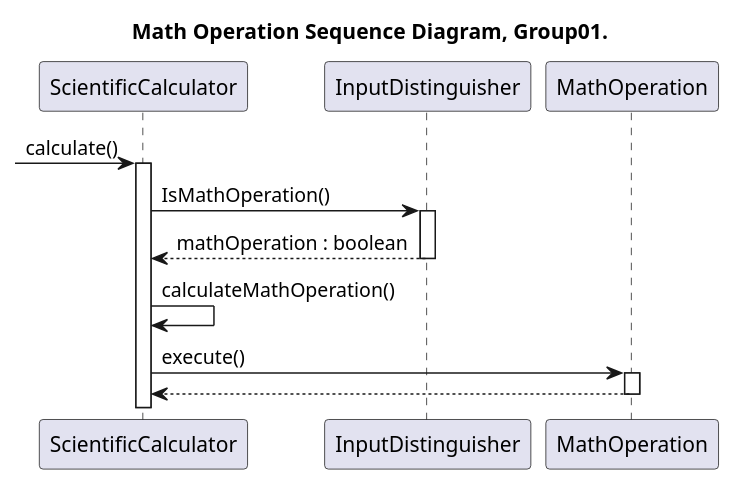
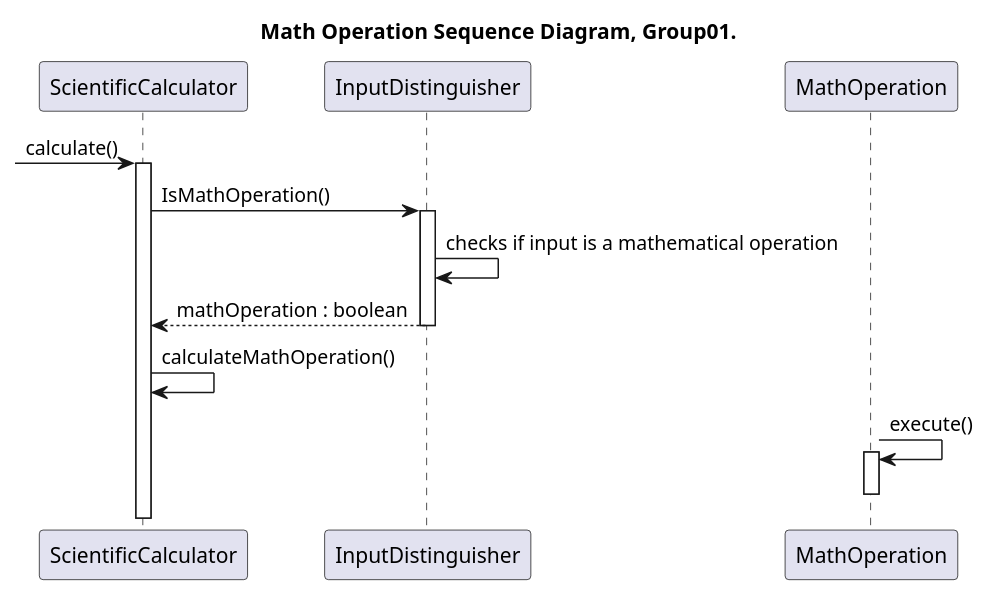
The diagram in sequence_diagram/MathOperation_SequenceDiagram_Group01.puml (CiroCutolo/Scientific_Calculator_group01_2023), drawn with PlantUML before and after one commit. The commit also changed 7 other files, not shown here.

Commit message:
Sono state apportate modifiche relative all'implementazione dei sequence diagrams

```diff
--- a/sequence_diagram/MathOperation_SequenceDiagram_Group01.puml
+++ b/sequence_diagram/MathOperation_SequenceDiagram_Group01.puml
@@ -1,24 +1,23 @@
-@startuml SequenceDiagram
+@startuml MathOperation_SequenceDiagram_Group01
 
 title Math Operation Sequence Diagram, Group01.
 
 participant ScientificCalculator as calc
 participant InputDistinguisher as input
 participant MathOperation as math
 
 -> calc:calculate()
 activate calc
 
 calc -> input : IsMathOperation()
 activate input
+input -> input : checks if input is a mathematical operation
 input --> calc : mathOperation : boolean
 deactivate input
 
 calc -> calc : calculateMathOperation()
-
-calc -> math : execute()
+math -> math : execute()
 activate math
-math --> calc
-deactivate math
+deactivate math
 
 @enduml
```
